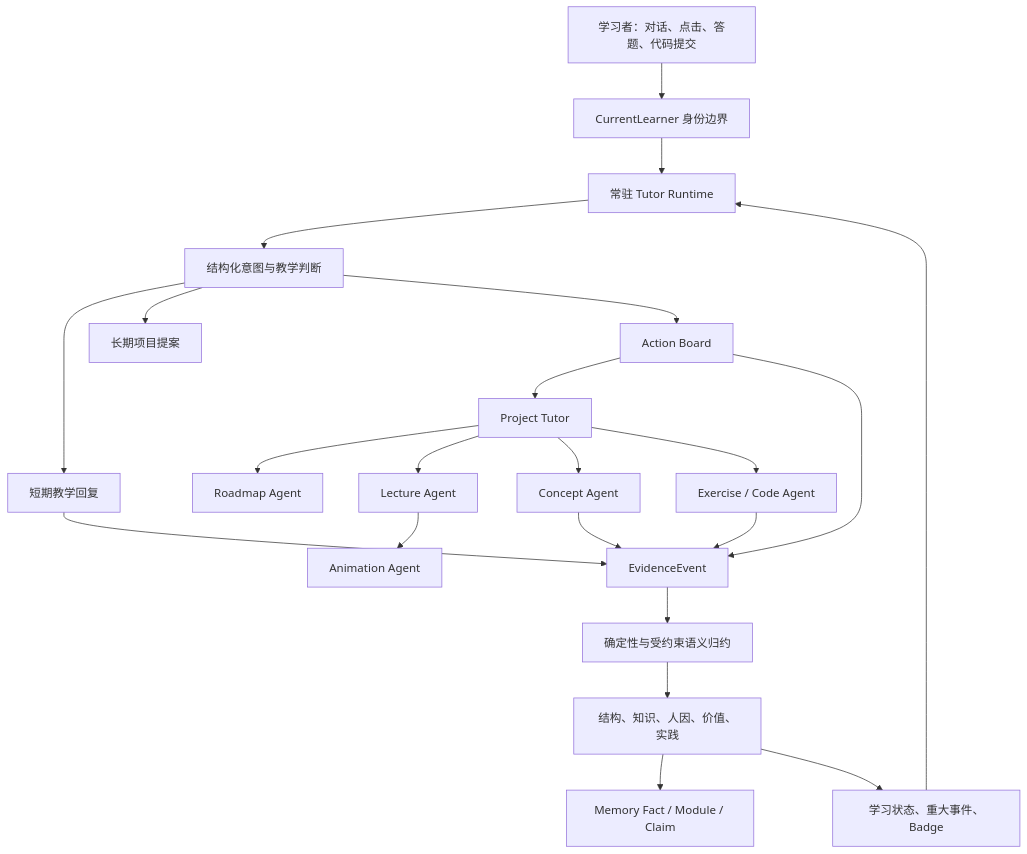
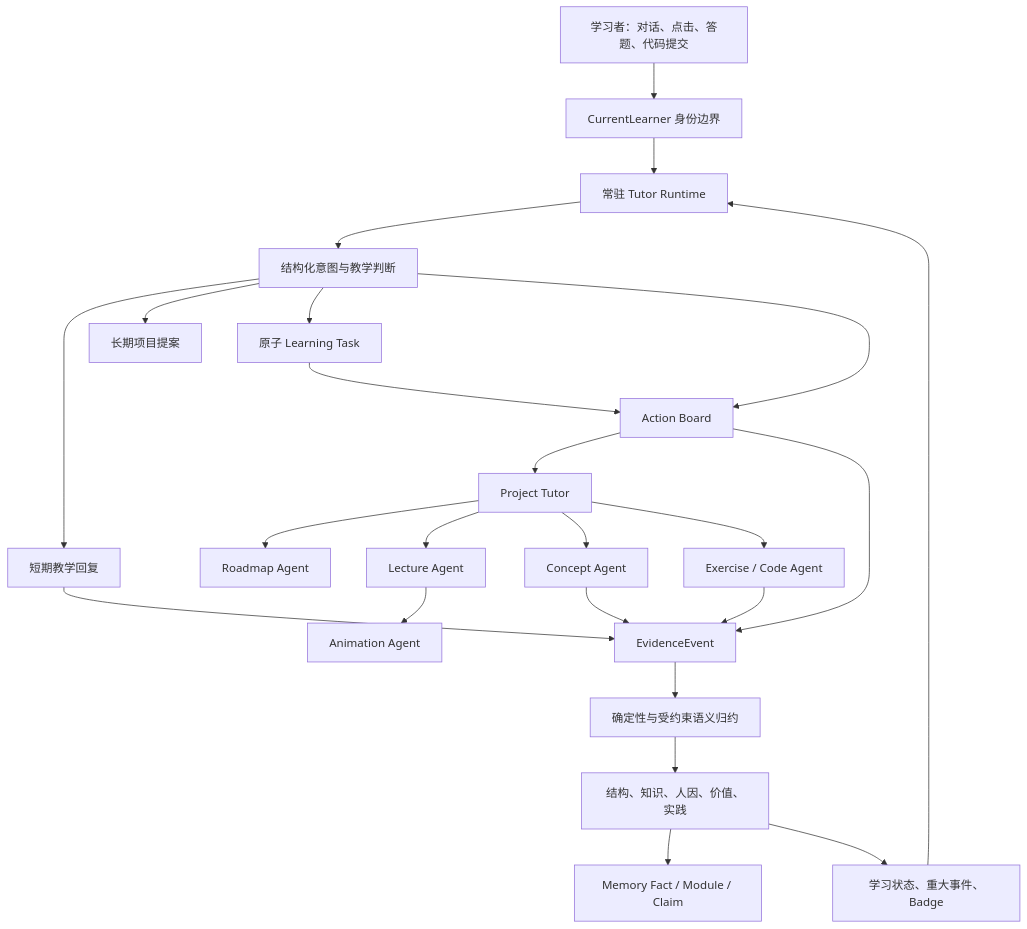
Before and after one commit to Ningsui0714/LearnFlow: the first of 2 diagrams in docs/AGENT_ARCHITECTURE_GUIDE.md, drawn with Mermaid. The commit also changed other lines of this file and 35 other files, not shown here.

Commit message:
feat: add claw learning task runtime

````diff
--- a/docs/AGENT_ARCHITECTURE_GUIDE.md
+++ b/docs/AGENT_ARCHITECTURE_GUIDE.md
@@ -41,26 +41,28 @@
 ```mermaid
 flowchart TD
     U["学习者：对话、点击、答题、代码提交"] --> AUTH["CurrentLearner 身份边界"]
     AUTH --> T["常驻 Tutor Runtime"]
     T --> INTENT["结构化意图与教学判断"]
     INTENT --> REPLY["短期教学回复"]
     INTENT --> PROPOSAL["长期项目提案"]
+    INTENT --> TASK["原子 Learning Task"]
     INTENT --> ACTION["Action Board"]
 
+    TASK --> ACTION
     ACTION --> PROJECT["Project Tutor"]
     PROJECT --> ROADMAP["Roadmap Agent"]
     PROJECT --> LECTURE["Lecture Agent"]
     PROJECT --> CONCEPT["Concept Agent"]
     PROJECT --> EXERCISE["Exercise / Code Agent"]
     LECTURE --> VISUAL["Animation Agent"]
 
     REPLY --> EVENT["EvidenceEvent"]
     ACTION --> EVENT
     CONCEPT --> EVENT
     EXERCISE --> EVENT
     EVENT --> RUNTIME["确定性与受约束语义归约"]
     RUNTIME --> KERNELS["结构、知识、人因、价值、实践"]
     KERNELS --> MEMORY["Memory Fact / Module / Claim"]
     KERNELS --> STATE["学习状态、重大事件、Badge"]
     STATE --> T
 ```
````
